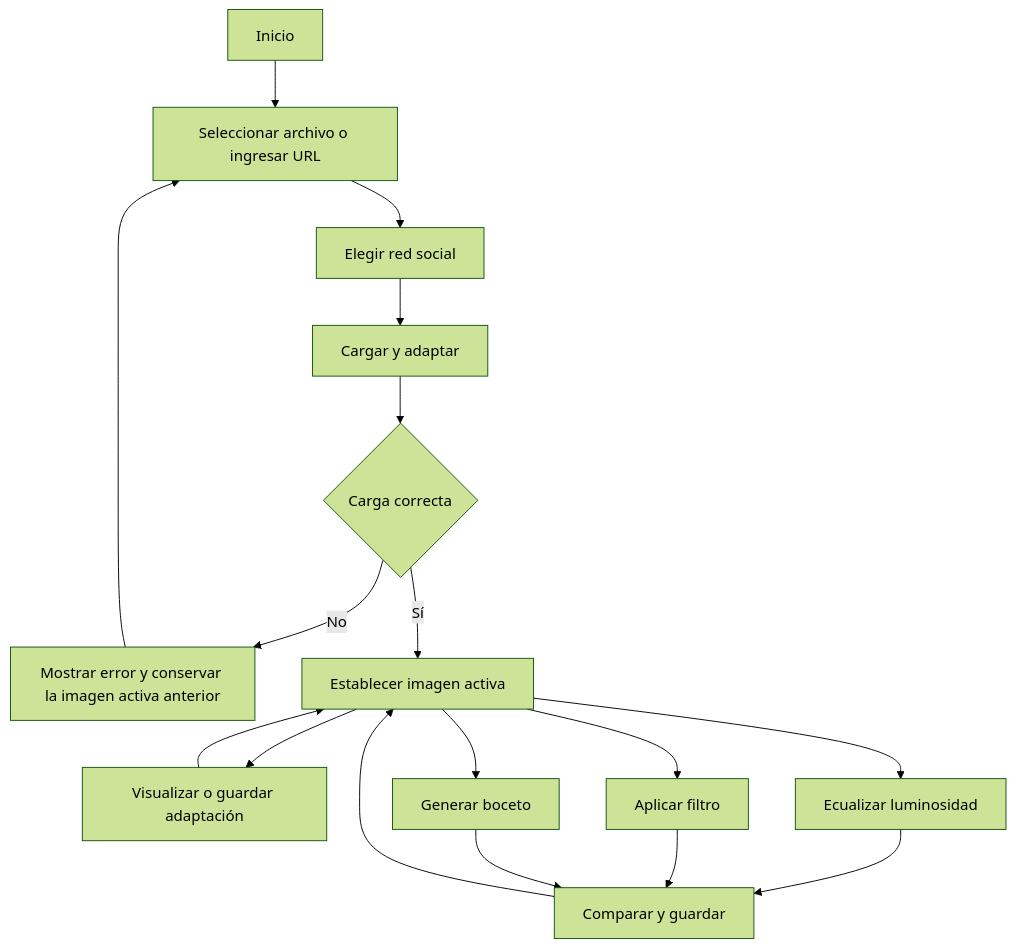
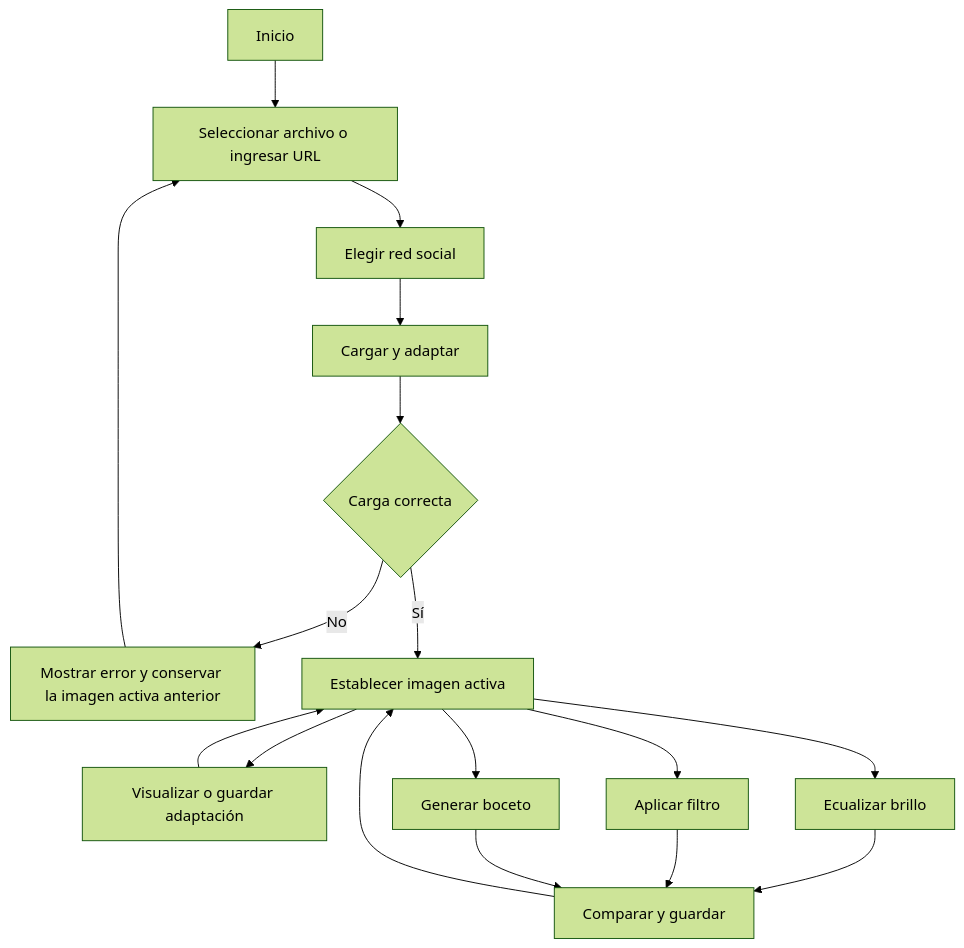
Before and after one commit to cristianfloyd/fotoapp: the diagram in README.md, drawn with Mermaid (forest theme). The commit also changed other lines of this file and 32 other files, not shown here.

First line of the commit message:
feat: ecualizar el brillo en HSV e incluir fotografías y resultados

````diff
--- a/README.md
+++ b/README.md
@@ -55,19 +51,19 @@
 ```mermaid
 flowchart TD
     A[Inicio] --> B[Seleccionar archivo o ingresar URL]
     B --> C[Elegir red social]
     C --> D[Cargar y adaptar]
     D --> E{Carga correcta}
     E -->|No| F[Mostrar error y conservar la imagen activa anterior]
     F --> B
     E -->|Sí| G[Establecer imagen activa]
     G --> H[Visualizar o guardar adaptación]
-    G --> I[Ecualizar luminosidad]
+    G --> I[Ecualizar brillo]
     G --> J[Aplicar filtro]
     G --> K[Generar boceto]
     I --> L[Comparar y guardar]
     J --> L
     K --> L
     L --> G
     H --> G
 ```
````
